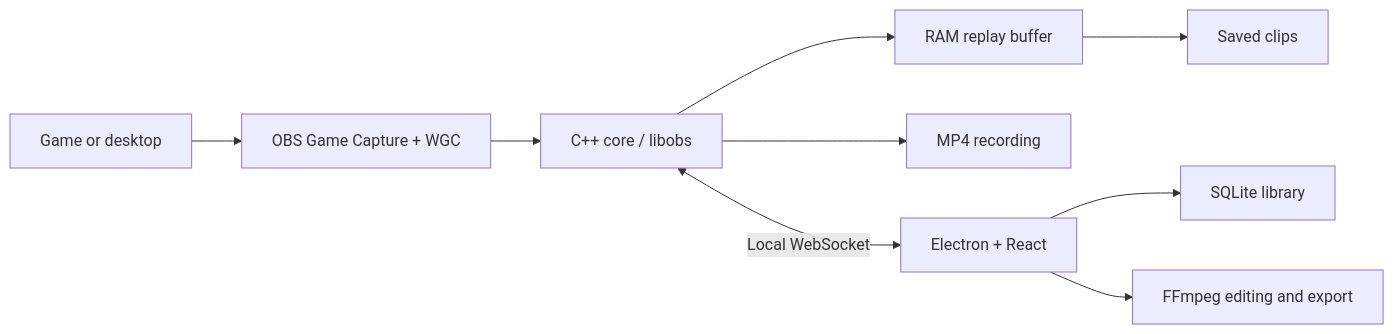
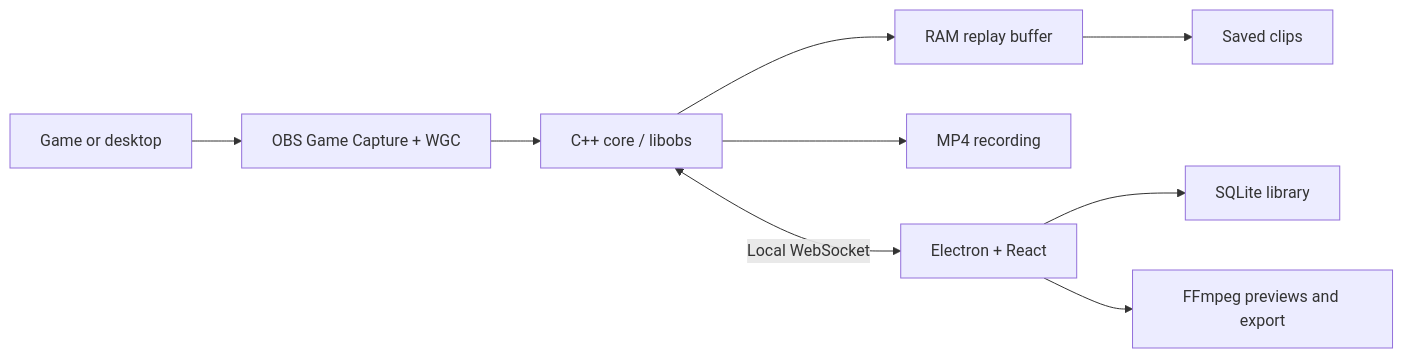
One commit to Peppxrr/Shard changed the diagram in README.md. Above: the diagram before and after it, drawn with Mermaid. The commit also changed other lines of this file and 56 other files, not shown here.

````diff
--- a/README.md
+++ b/README.md
@@ -27,11 +111,11 @@
 ```mermaid
 flowchart LR
     Game[Game or desktop] --> Capture[OBS Game Capture + WGC]
     Capture --> Core[C++ core / libobs]
     Core --> Ring[RAM replay buffer]
     Core --> Recording[MP4 recording]
     Ring --> Clips[Saved clips]
     Core <-->|Local WebSocket| App[Electron + React]
     App --> Library[SQLite library]
-    App --> Export[FFmpeg editing and export]
+    App --> Export[FFmpeg previews and export]
 ```
````
